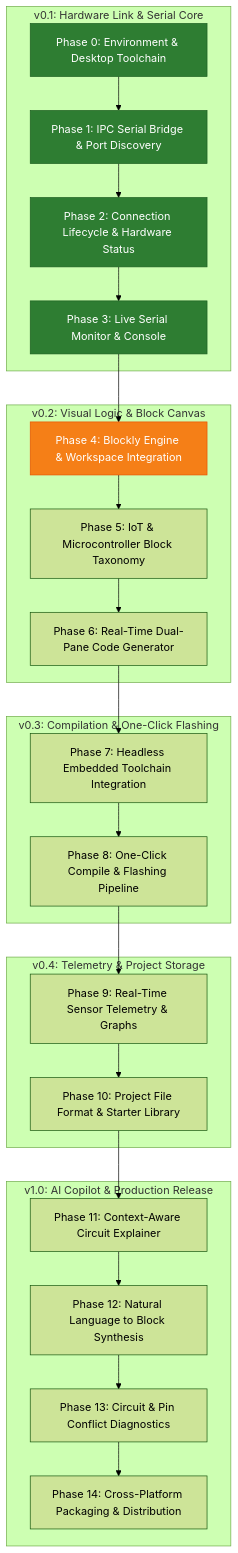
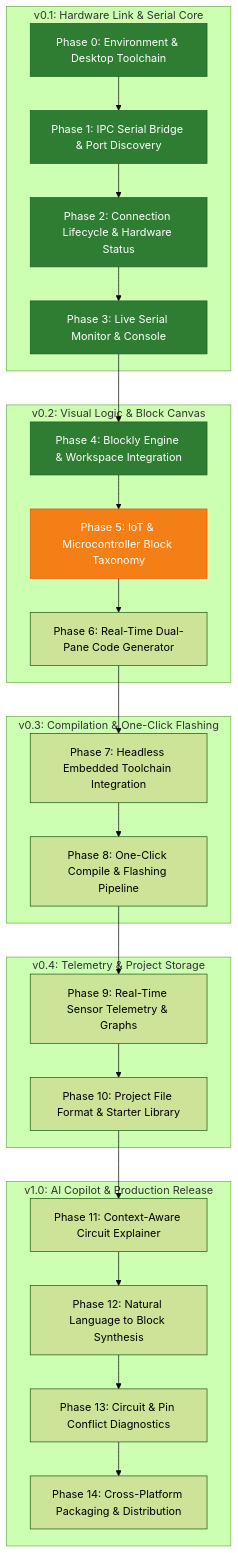
One commit to dharshbdp/CircuitForge changed the diagram in ROADMAP.md. Above: the diagram before and after it, drawn with Mermaid (forest theme). The commit also changed other lines of this file and 5 other files, not shown here.

````diff
--- a/ROADMAP.md
+++ b/ROADMAP.md
@@ -38,37 +38,38 @@
 ```mermaid
 graph TD
     subgraph Milestone_0_1 [v0.1: Hardware Link & Serial Core]
         P0[Phase 0: Environment & Desktop Toolchain] --> P1[Phase 1: IPC Serial Bridge & Port Discovery]
         P1 --> P2[Phase 2: Connection Lifecycle & Hardware Status]
         P2 --> P3[Phase 3: Live Serial Monitor & Console]
     end
 
     subgraph Milestone_0_2 [v0.2: Visual Logic & Block Canvas]
         P3 --> P4[Phase 4: Blockly Engine & Workspace Integration]
         P4 --> P5[Phase 5: IoT & Microcontroller Block Taxonomy]
         P5 --> P6[Phase 6: Real-Time Dual-Pane Code Generator]
     end
 
     subgraph Milestone_0_3 [v0.3: Compilation & One-Click Flashing]
         P6 --> P7[Phase 7: Headless Embedded Toolchain Integration]
         P7 --> P8[Phase 8: One-Click Compile & Flashing Pipeline]
     end
 
     subgraph Milestone_0_4 [v0.4: Telemetry & Project Storage]
         P8 --> P9[Phase 9: Real-Time Sensor Telemetry & Graphs]
         P9 --> P10[Phase 10: Project File Format & Starter Library]
     end
 
     subgraph Milestone_1_0 [v1.0: AI Copilot & Production Release]
         P10 --> P11[Phase 11: Context-Aware Circuit Explainer]
         P11 --> P12[Phase 12: Natural Language to Block Synthesis]
         P12 --> P13[Phase 13: Circuit & Pin Conflict Diagnostics]
         P13 --> P14[Phase 14: Cross-Platform Packaging & Distribution]
     end
 
     style P0 fill:#2e7d32,stroke:#1b5e20,color:#fff
     style P1 fill:#2e7d32,stroke:#1b5e20,color:#fff
     style P2 fill:#2e7d32,stroke:#1b5e20,color:#fff
     style P3 fill:#2e7d32,stroke:#1b5e20,color:#fff
-    style P4 fill:#f57f17,stroke:#e65100,color:#fff
+    style P4 fill:#2e7d32,stroke:#1b5e20,color:#fff
+    style P5 fill:#f57f17,stroke:#e65100,color:#fff
 ```
````
